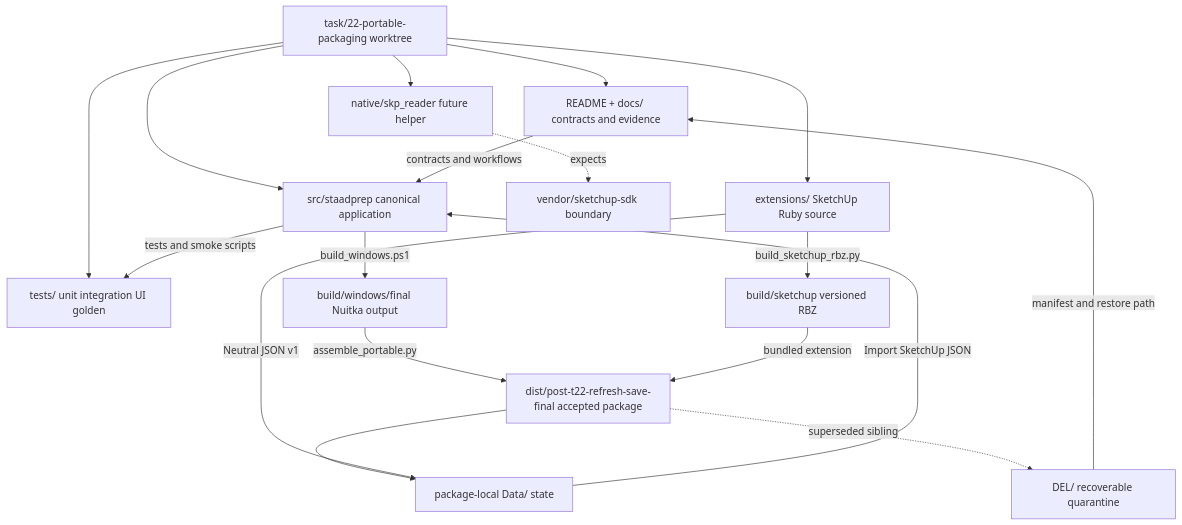
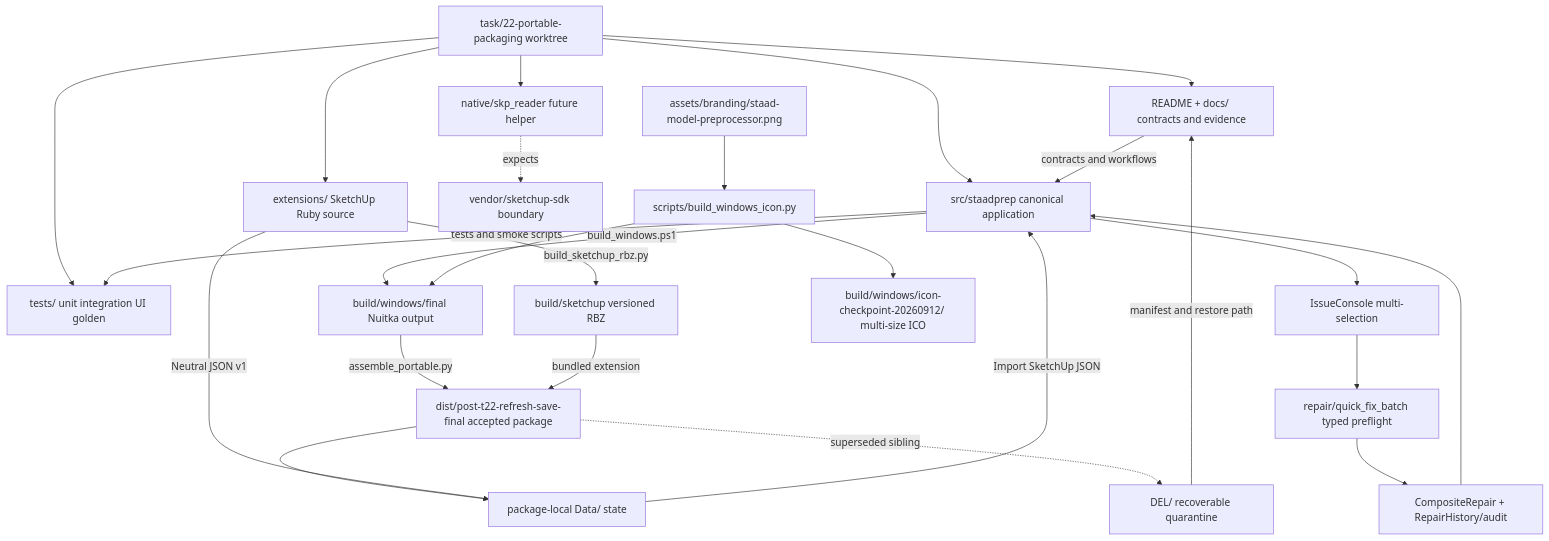
The first of 6 diagrams in docs/WORKTREE_MINDMAP.md (nariiiiiiiiiiii/STAAD_Model_Preprocessor), drawn with Mermaid before and after one commit. The commit also changed other lines of this file and 38 other files, not shown here.

````diff
--- a/docs/WORKTREE_MINDMAP.md
+++ b/docs/WORKTREE_MINDMAP.md
@@ -48,33 +49,46 @@
 ```mermaid
 flowchart TD
     ROOT["task/22-portable-packaging worktree"]
     DOCS["README + docs/ contracts and evidence"]
     SRC["src/staadprep canonical application"]
     TESTS["tests/ unit integration UI golden"]
     EXT["extensions/ SketchUp Ruby source"]
     RBZ["build/sketchup versioned RBZ"]
     NATIVE["native/skp_reader future helper"]
     VENDOR["vendor/sketchup-sdk boundary"]
     BUILD["build/windows/final Nuitka output"]
     DIST["dist/post-t22-refresh-save-final accepted package"]
     DATA["package-local Data/ state"]
+    ISSUES["IssueConsole multi-selection"]
+    BATCH["repair/quick_fix_batch typed preflight"]
+    HISTORY["CompositeRepair + RepairHistory/audit"]
+    BRAND["assets/branding/staad-model-preprocessor.png"]
+    ICONBUILD["scripts/build_windows_icon.py"]
+    ICO["build/windows/icon-checkpoint-20260912/ multi-size ICO"]
     DEL["DEL/ recoverable quarantine"]
 
     ROOT --> DOCS
     ROOT --> SRC
     ROOT --> TESTS
     ROOT --> EXT
     ROOT --> NATIVE
     NATIVE -.expects.-> VENDOR
     EXT -->|build_sketchup_rbz.py| RBZ
     SRC -->|build_windows.ps1| BUILD
+    BRAND --> ICONBUILD
+    ICONBUILD --> ICO
+    ICONBUILD --> BUILD
     BUILD -->|assemble_portable.py| DIST
     RBZ -->|bundled extension| DIST
     DIST --> DATA
     EXT -->|Neutral JSON v1| DATA
     DATA -->|Import SketchUp JSON| SRC
     SRC -->|tests and smoke scripts| TESTS
+    SRC --> ISSUES
+    ISSUES --> BATCH
+    BATCH --> HISTORY
+    HISTORY --> SRC
     DOCS -->|contracts and workflows| SRC
     DIST -.superseded sibling.-> DEL
     DEL -->|manifest and restore path| DOCS
 ```
````
